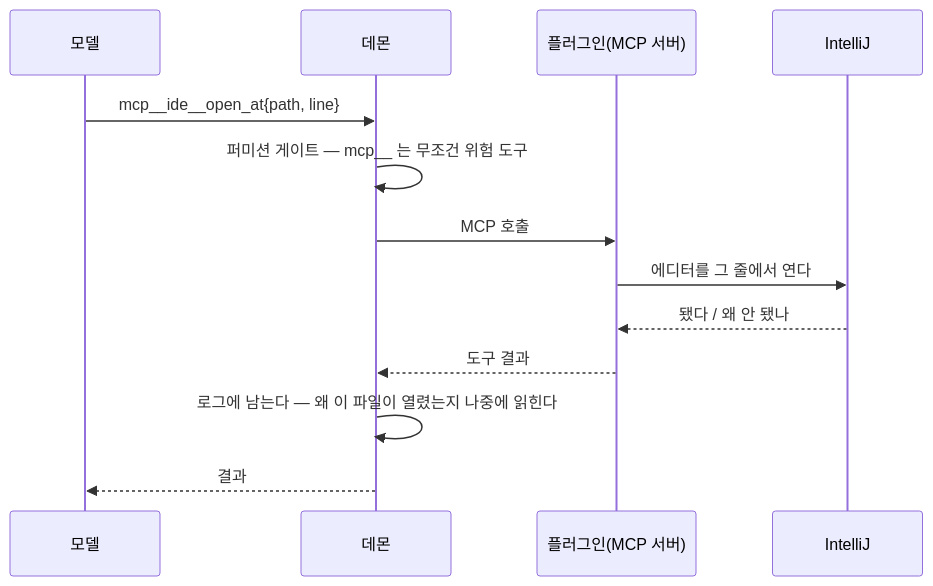
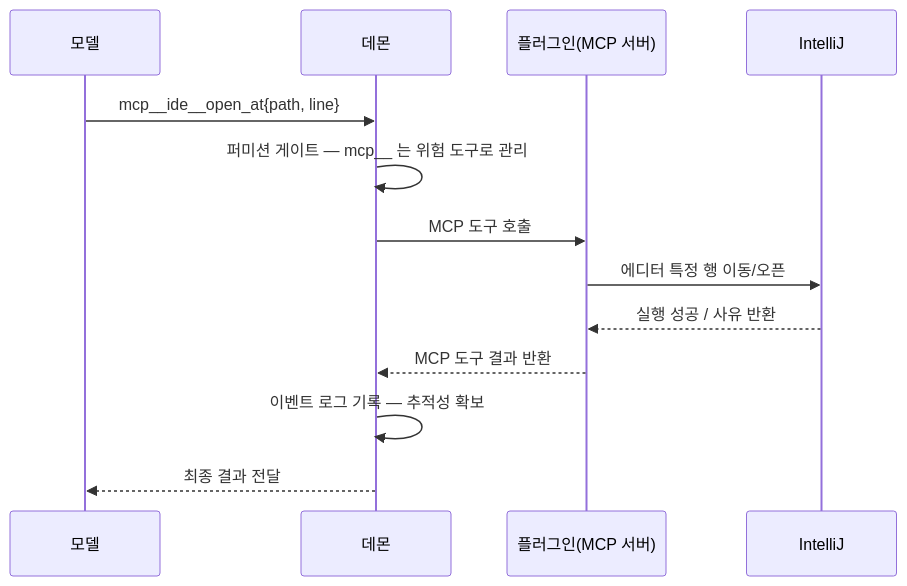
One commit to sayaya1090/magi changed the fourth of 4 diagrams in clients/jetbrains/README.md. Above: the diagram before and after it, drawn with Mermaid. The commit also changed other lines of this file and 18 other files, not shown here.

````diff
--- a/clients/jetbrains/README.md
+++ b/clients/jetbrains/README.md
@@ -907,15 +641,15 @@
 ```mermaid
 sequenceDiagram
     participant M as 모델
     participant D as 데몬
     participant X as 플러그인(MCP 서버)
     participant E as IntelliJ
     M->>D: mcp__ide__open_at{path, line}
-    D->>D: 퍼미션 게이트 — mcp__ 는 무조건 위험 도구
-    D->>X: MCP 호출
-    X->>E: 에디터를 그 줄에서 연다
-    E-->>X: 됐다 / 왜 안 됐나
-    X-->>D: 도구 결과
-    D->>D: 로그에 남는다 — 왜 이 파일이 열렸는지 나중에 읽힌다
-    D-->>M: 결과
+    D->>D: 퍼미션 게이트 — mcp__ 는 위험 도구로 관리
+    D->>X: MCP 도구 호출
+    X->>E: 에디터 특정 행 이동/오픈
+    E-->>X: 실행 성공 / 사유 반환
+    X-->>D: MCP 도구 결과 반환
+    D->>D: 이벤트 로그 기록 — 추적성 확보
+    D-->>M: 최종 결과 전달
 ```
````
